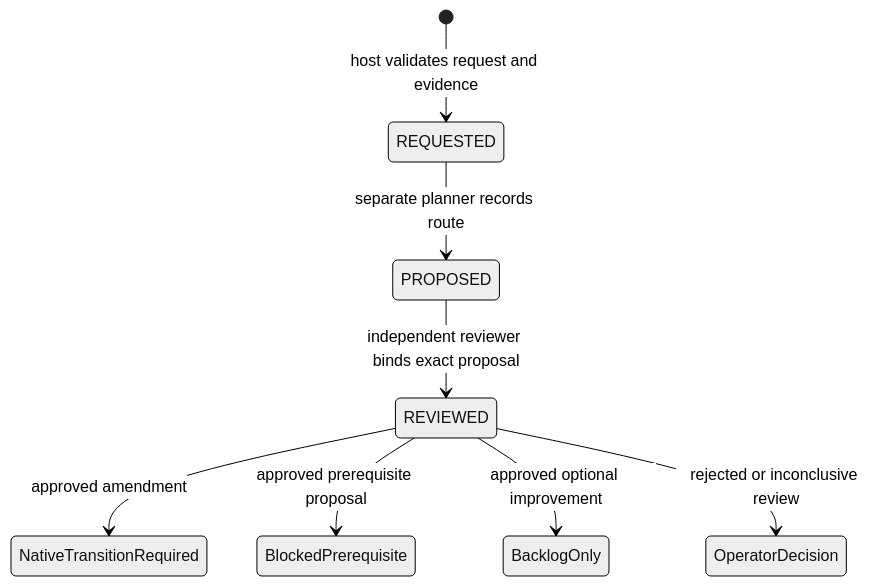
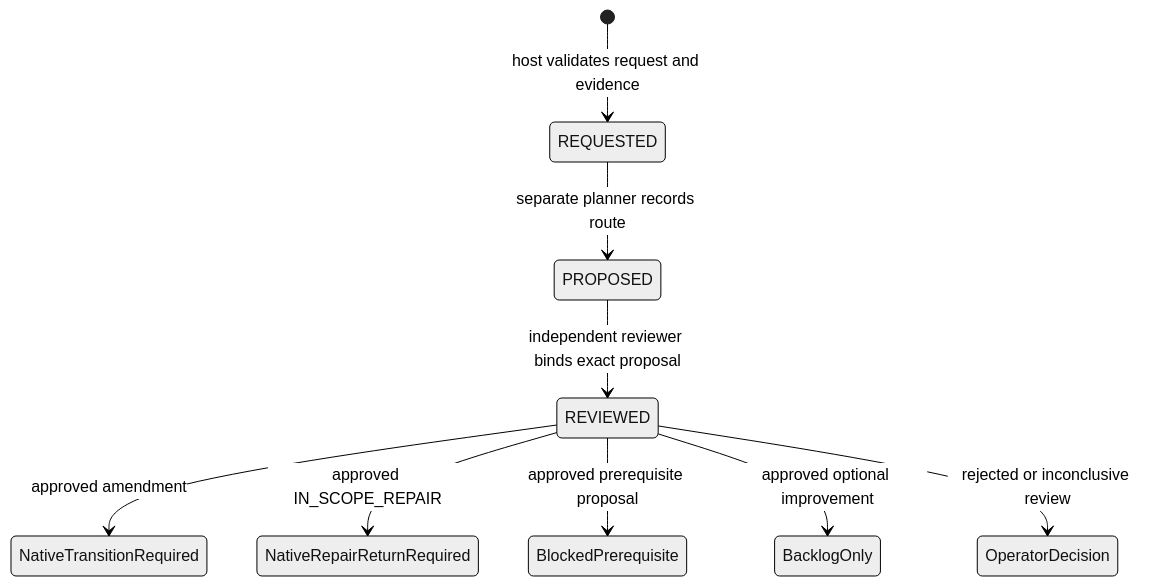
The diagram in docs/developer-feedback.md (brushtyler/ssdlc), drawn with Mermaid (neutral theme) before and after one commit. The commit also changed other lines of this file and 11 other files, not shown here.

Commit message:
fix(feedback): return reviewed in-scope repairs to native execution

````diff
--- a/docs/developer-feedback.md
+++ b/docs/developer-feedback.md
@@ -150,10 +150,11 @@
 ```mermaid
 stateDiagram-v2
     [*] --> REQUESTED: host validates request and evidence
     REQUESTED --> PROPOSED: separate planner records route
     PROPOSED --> REVIEWED: independent reviewer binds exact proposal
     REVIEWED --> NativeTransitionRequired: approved amendment
+    REVIEWED --> NativeRepairReturnRequired: approved IN_SCOPE_REPAIR
     REVIEWED --> BlockedPrerequisite: approved prerequisite proposal
     REVIEWED --> BacklogOnly: approved optional improvement
     REVIEWED --> OperatorDecision: rejected or inconclusive review
 ```
````
